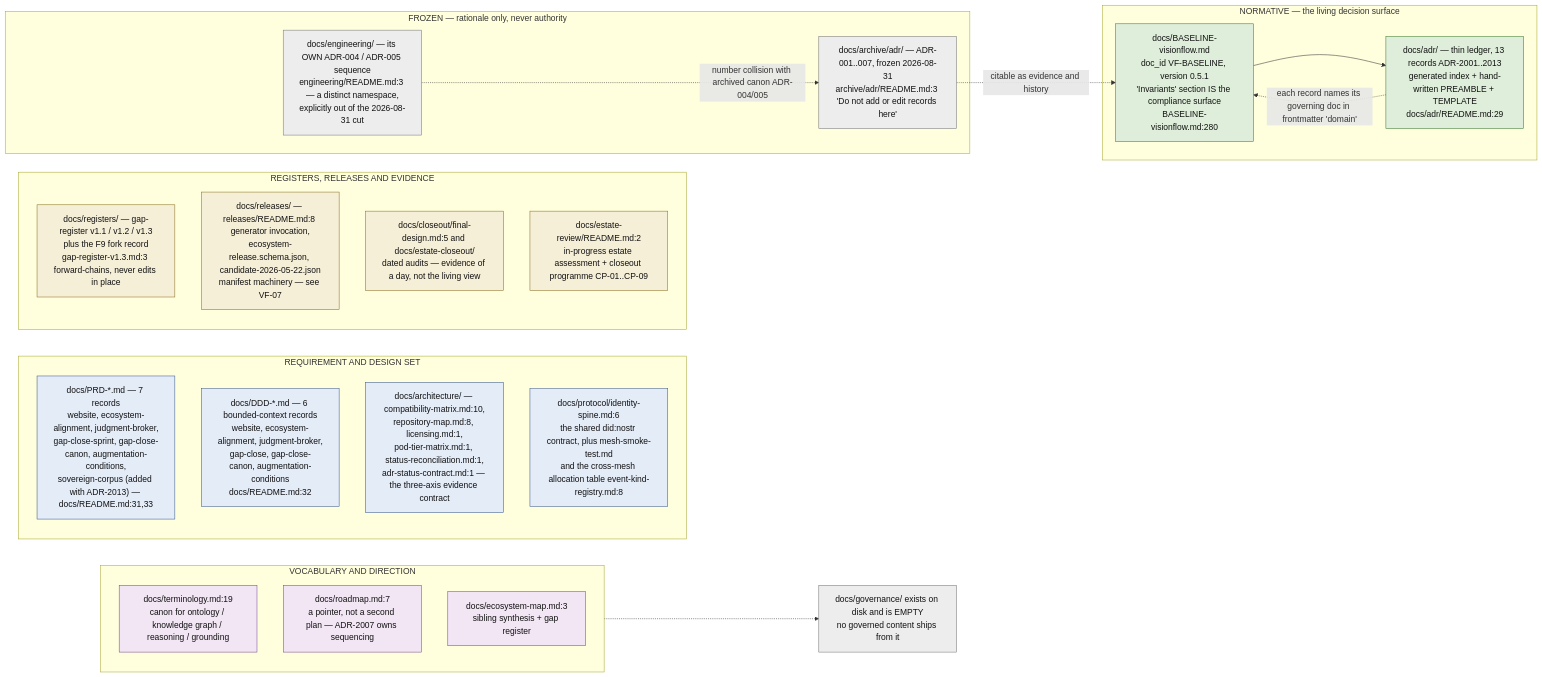
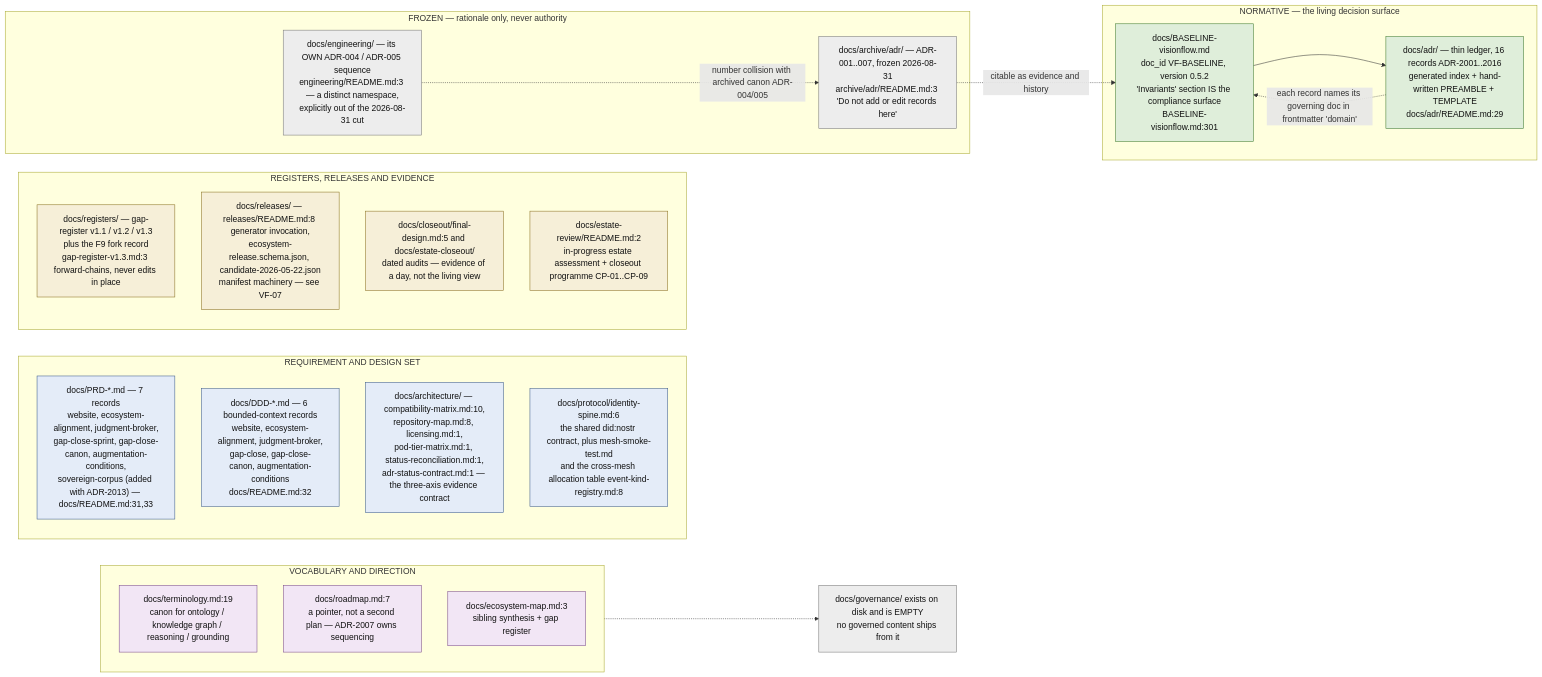
One commit to DreamLab-AI/VisionFlow changed the first of 11 diagrams in docs/diagrams/visionflow/01-repo-composition-and-canon.md. Above: the diagram before and after it, drawn with Mermaid. The commit also changed other lines of this file and 80 other files, not shown here.

First line of the commit message:
docs(diagrams): re-verify the agentbox, dreamlab, estate and visionflow corpus against current sources

````diff
--- a/docs/diagrams/visionflow/01-repo-composition-and-canon.md
+++ b/docs/diagrams/visionflow/01-repo-composition-and-canon.md
@@ -66,45 +66,45 @@
 ```mermaid
 flowchart LR
     classDef norm fill:#dfeeda,stroke:#3f7a2f,color:#111
     classDef spec fill:#e4ecf8,stroke:#3a5a8a,color:#111
     classDef reg fill:#f6efd8,stroke:#8a7020,color:#111
     classDef frozen fill:#ededed,stroke:#777,color:#111
     classDef other fill:#f2e6f5,stroke:#7a4a8a,color:#111
 
     subgraph LIVING["NORMATIVE — the living decision surface"]
-        BASE["docs/BASELINE-visionflow.md<br/>doc_id VF-BASELINE, version 0.5.1<br/>'Invariants' section IS the compliance surface<br/>BASELINE-visionflow.md:280"]:::norm
-        LED["docs/adr/ — thin ledger, 13 records ADR-2001..2013<br/>generated index + hand-written PREAMBLE + TEMPLATE<br/>docs/adr/README.md:29"]:::norm
+        BASE["docs/BASELINE-visionflow.md<br/>doc_id VF-BASELINE, version 0.5.2<br/>'Invariants' section IS the compliance surface<br/>BASELINE-visionflow.md:301"]:::norm
+        LED["docs/adr/ — thin ledger, 16 records ADR-2001..2016<br/>generated index + hand-written PREAMBLE + TEMPLATE<br/>docs/adr/README.md:29"]:::norm
     end
 
     subgraph SPECS["REQUIREMENT AND DESIGN SET"]
         PRD["docs/PRD-*.md — 7 records<br/>website, ecosystem-alignment, judgment-broker,<br/>gap-close-sprint, gap-close-canon, augmentation-conditions,<br/>sovereign-corpus (added with ADR-2013) — docs/README.md:31,33"]:::spec
         DDD["docs/DDD-*.md — 6 bounded-context records<br/>website, ecosystem-alignment, judgment-broker,<br/>gap-close, gap-close-canon, augmentation-conditions<br/>docs/README.md:32"]:::spec
         ARCH["docs/architecture/ — compatibility-matrix.md:10,<br/>repository-map.md:8, licensing.md:1,<br/>pod-tier-matrix.md:1, status-reconciliation.md:1,<br/>adr-status-contract.md:1 — the three-axis evidence contract"]:::spec
         PROTO["docs/protocol/identity-spine.md:6<br/>the shared did:nostr contract, plus mesh-smoke-test.md<br/>and the cross-mesh allocation table event-kind-registry.md:8"]:::spec
     end
 
     subgraph EVID["REGISTERS, RELEASES AND EVIDENCE"]
         REG["docs/registers/ — gap-register v1.1 / v1.2 / v1.3<br/>plus the F9 fork record<br/>gap-register-v1.3.md:3 forward-chains, never edits in place"]:::reg
         REL["docs/releases/ — releases/README.md:8 generator invocation,<br/>ecosystem-release.schema.json, candidate-2026-05-22.json<br/>manifest machinery — see VF-07"]:::reg
         CLOSE["docs/closeout/final-design.md:5 and docs/estate-closeout/<br/>dated audits — evidence of a day, not the living view"]:::reg
         REVIEW["docs/estate-review/README.md:2<br/>in-progress estate assessment + closeout programme CP-01..CP-09"]:::reg
     end
 
     subgraph WORDS["VOCABULARY AND DIRECTION"]
         TERM["docs/terminology.md:19<br/>canon for ontology / knowledge graph / reasoning / grounding"]:::other
         ROAD["docs/roadmap.md:7<br/>a pointer, not a second plan — ADR-2007 owns sequencing"]:::other
         MAP["docs/ecosystem-map.md:3<br/>sibling synthesis + gap register"]:::other
     end
 
     subgraph FROZEN["FROZEN — rationale only, never authority"]
         ARCHV["docs/archive/adr/ — ADR-001..007, frozen 2026-08-31<br/>archive/adr/README.md:3 'Do not add or edit records here'"]:::frozen
         ENG["docs/engineering/ — its OWN ADR-004 / ADR-005 sequence<br/>engineering/README.md:3 — a distinct namespace,<br/>explicitly out of the 2026-08-31 cut"]:::frozen
     end
 
     BASE --> LED
     LED -.->|"each record names its governing doc in frontmatter 'domain'"| BASE
     ARCHV -.->|"citable as evidence and history"| BASE
     ENG -.->|"number collision with archived canon ADR-004/005"| ARCHV
     EMPTY["docs/governance/ exists on disk and is EMPTY<br/>no governed content ships from it"]:::frozen
     WORDS -.-> EMPTY
 ```
````
